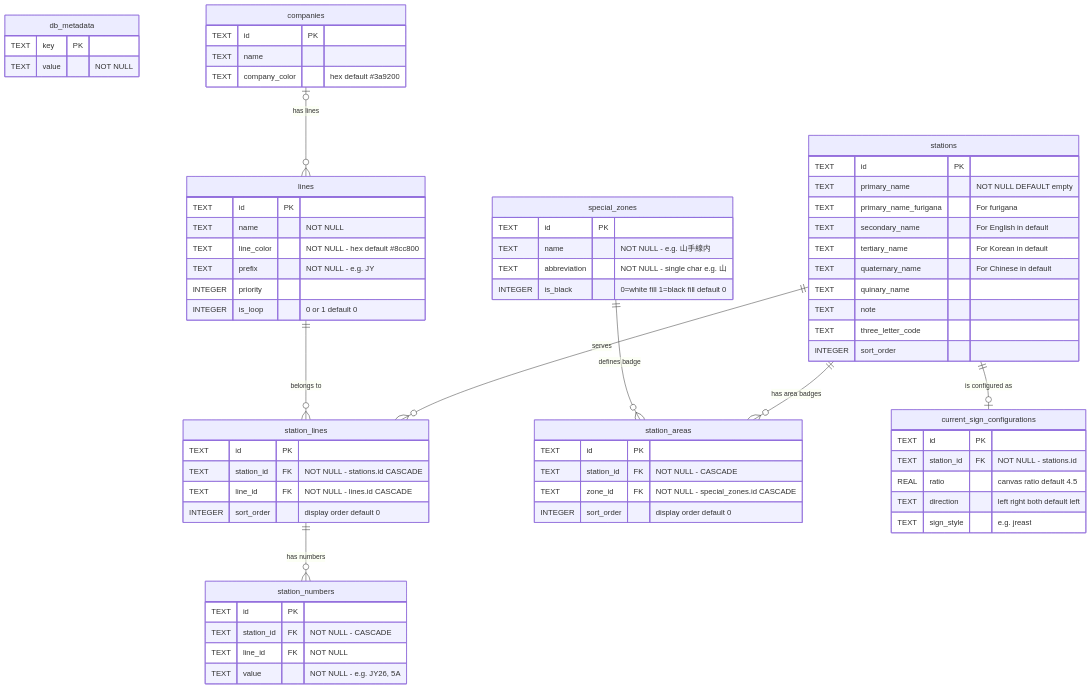
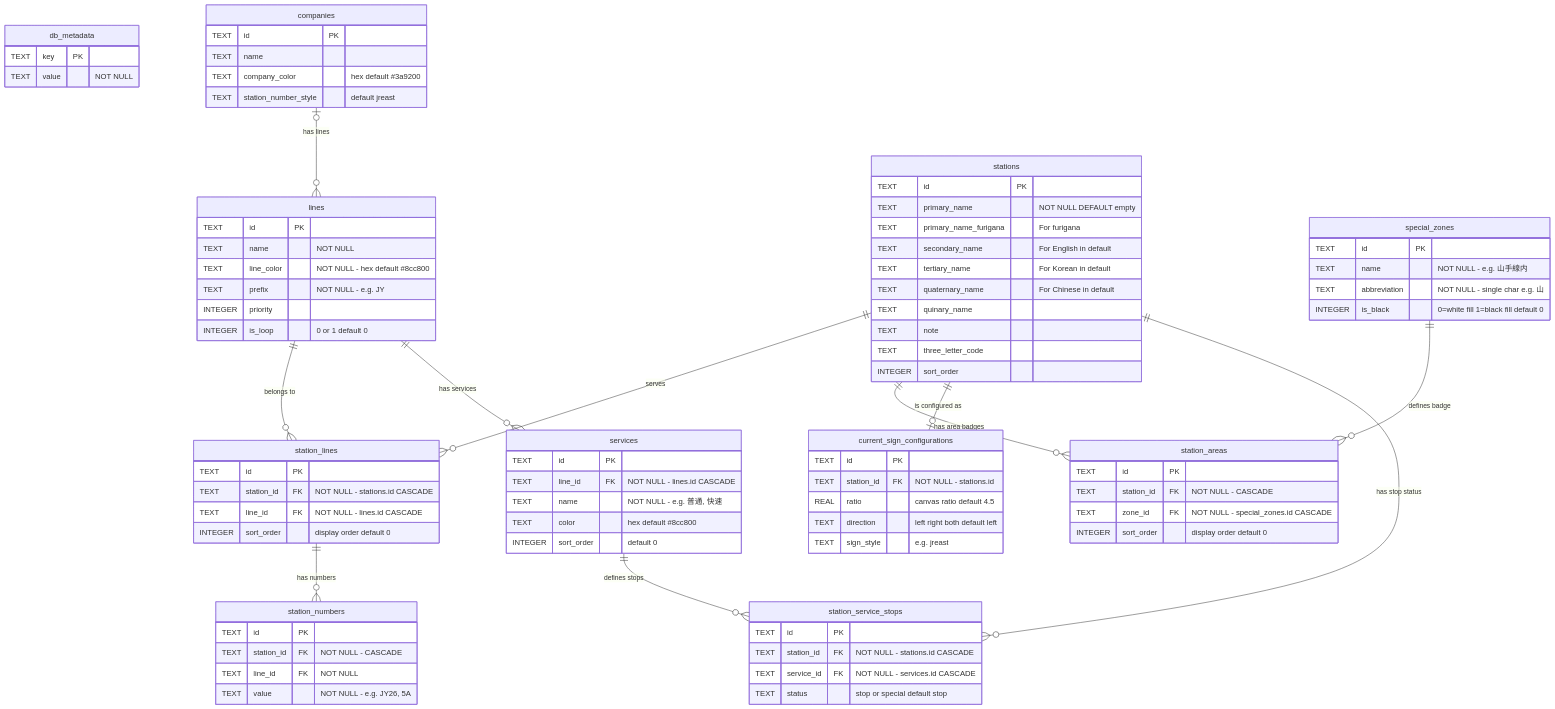
Before and after one commit to BlueShapes/station-sign-generator: the diagram in .claude/output/er-diagram.mmd, drawn with Mermaid. The commit also changed 15 other files, not shown here.

Commit message:
Add "services" table to handle rapid/express services, support lefty vertical line map, and show services in one map

```diff
--- a/.claude/output/er-diagram.mmd
+++ b/.claude/output/er-diagram.mmd
@@ -1,77 +1,96 @@
 erDiagram
     db_metadata {
         TEXT key PK
         TEXT value "NOT NULL"
     }
 
     companies {
         TEXT id PK
         TEXT name
         TEXT company_color "hex default #3a9200"
+        TEXT station_number_style "default jreast"
     }
 
     lines {
         TEXT id PK
         TEXT name "NOT NULL"
         TEXT line_color "NOT NULL - hex default #8cc800"
         TEXT prefix "NOT NULL - e.g. JY"
         INTEGER priority
         INTEGER is_loop "0 or 1 default 0"
     }
 
     stations {
         TEXT id PK
         TEXT primary_name "NOT NULL DEFAULT empty"
         TEXT primary_name_furigana "For furigana"
         TEXT secondary_name "For English in default"
         TEXT tertiary_name "For Korean in default"
         TEXT quaternary_name "For Chinese in default"
         TEXT quinary_name
         TEXT note
         TEXT three_letter_code
         INTEGER sort_order
     }
 
     station_lines {
         TEXT id PK
         TEXT station_id FK "NOT NULL - stations.id CASCADE"
         TEXT line_id FK "NOT NULL - lines.id CASCADE"
         INTEGER sort_order "display order default 0"
     }
 
     station_numbers {
         TEXT id PK
         TEXT station_id FK "NOT NULL - CASCADE"
         TEXT line_id FK "NOT NULL"
         TEXT value "NOT NULL - e.g. JY26, 5A"
     }
 
     special_zones {
         TEXT id PK
         TEXT name "NOT NULL - e.g. 山手線内"
         TEXT abbreviation "NOT NULL - single char e.g. 山"
         INTEGER is_black "0=white fill 1=black fill default 0"
     }
 
     station_areas {
         TEXT id PK
         TEXT station_id FK "NOT NULL - CASCADE"
         TEXT zone_id FK "NOT NULL - special_zones.id CASCADE"
         INTEGER sort_order "display order default 0"
     }
 
     current_sign_configurations {
         TEXT id PK
         TEXT station_id FK "NOT NULL - stations.id"
         REAL ratio "canvas ratio default 4.5"
         TEXT direction "left right both default left"
         TEXT sign_style "e.g. jreast"
     }
 
+    services {
+        TEXT id PK
+        TEXT line_id FK "NOT NULL - lines.id CASCADE"
+        TEXT name "NOT NULL - e.g. 普通, 快速"
+        TEXT color "hex default #8cc800"
+        INTEGER sort_order "default 0"
+    }
+
+    station_service_stops {
+        TEXT id PK
+        TEXT station_id FK "NOT NULL - stations.id CASCADE"
+        TEXT service_id FK "NOT NULL - services.id CASCADE"
+        TEXT status "stop or special default stop"
+    }
+
     companies |o--o{ lines : "has lines"
     lines ||--o{ station_lines : "belongs to"
     stations ||--o{ station_lines : "serves"
     station_lines ||--o{ station_numbers : "has numbers"
     special_zones ||--o{ station_areas : "defines badge"
     stations ||--o{ station_areas : "has area badges"
     stations ||--o| current_sign_configurations : "is configured as"
+    lines ||--o{ services : "has services"
+    services ||--o{ station_service_stops : "defines stops"
+    stations ||--o{ station_service_stops : "has stop status"
```
